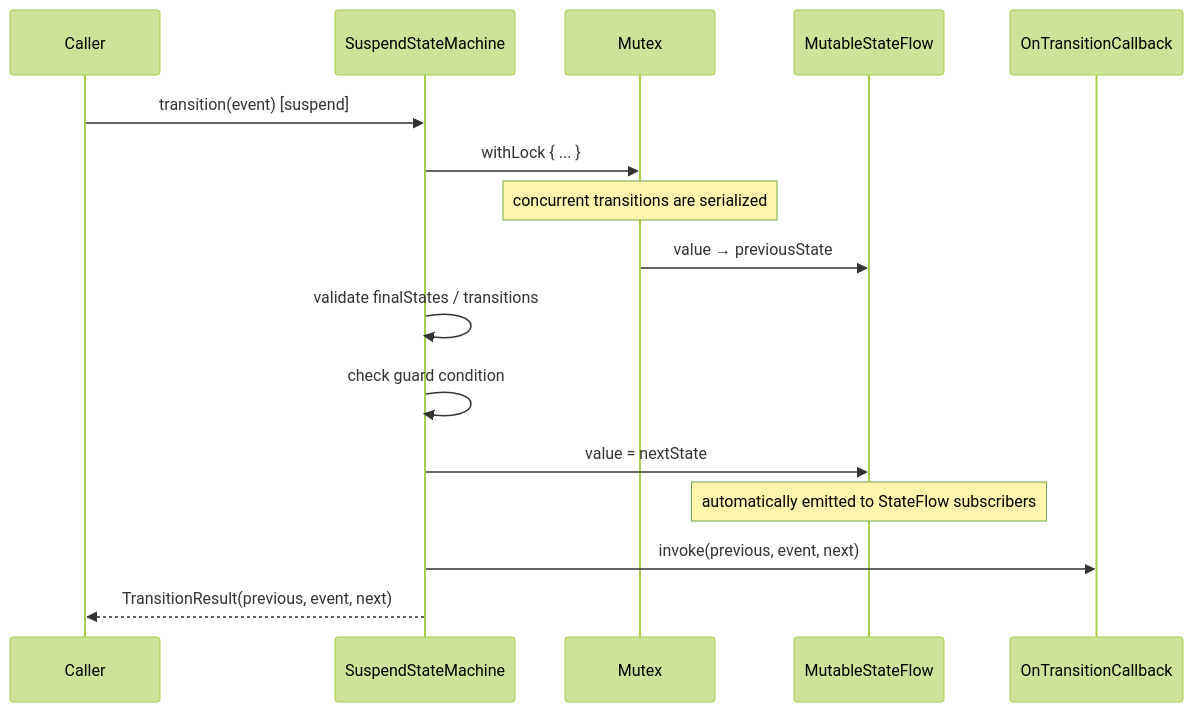
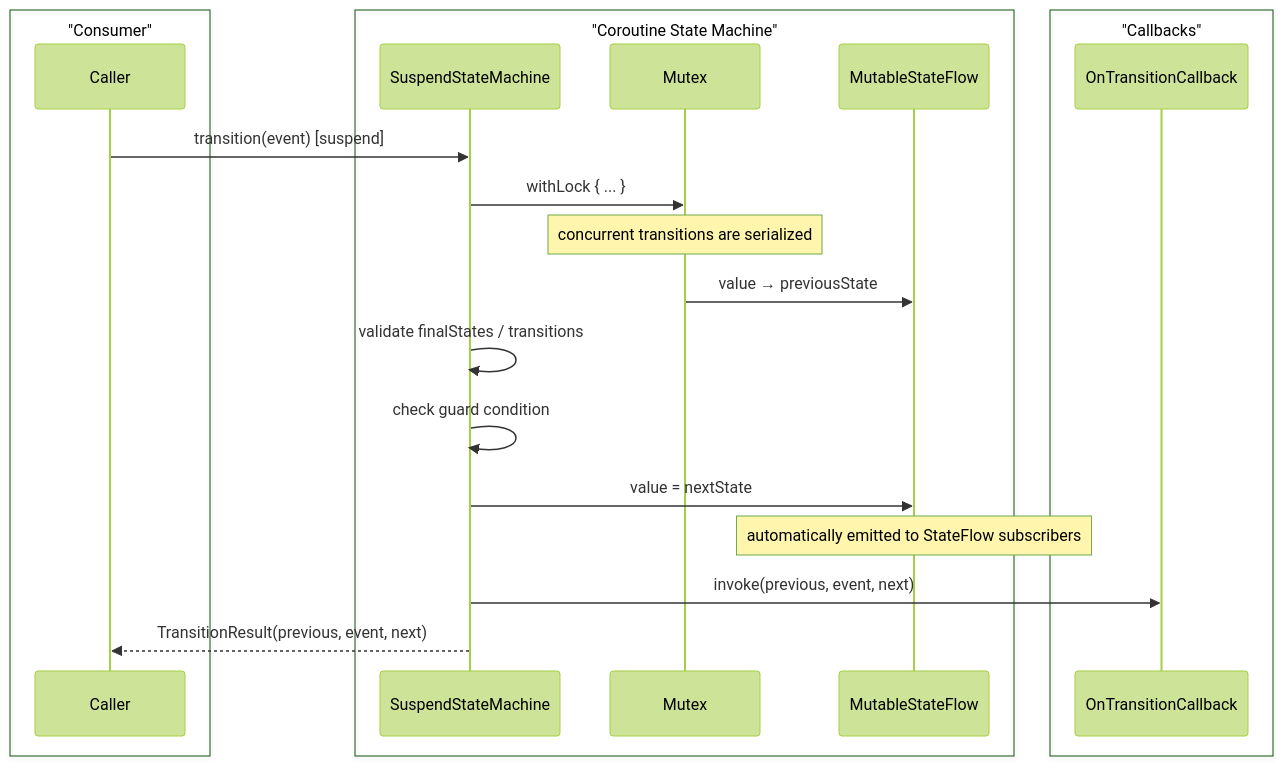
Before and after one commit to bluetape4k/bluetape4k-projects: the eighth of 8 diagrams in utils/states/README.md, drawn with Mermaid (forest theme). The commit also changed other lines of this file and 221 other files, not shown here.

First line of the commit message:
docs: 전체 모듈 README UML 다이어그램 보강 및 색상 업그레이드

````diff
--- a/utils/states/README.md
+++ b/utils/states/README.md
@@ -323,20 +358,26 @@
 ```mermaid
 sequenceDiagram
+    box "Consumer" #E8F5E9
     participant Caller
+    end
+    box "Coroutine State Machine" #F3E5F5
     participant SuspendStateMachine
     participant Mutex
     participant MutableStateFlow
+    end
+    box "Callbacks" #FFF3E0
     participant OnTransitionCallback
+    end
 
     Caller->>SuspendStateMachine: transition(event) [suspend]
     SuspendStateMachine->>Mutex: withLock { ... }
     Note over Mutex: concurrent transitions are serialized
 
     Mutex->>MutableStateFlow: value → previousState
     SuspendStateMachine->>SuspendStateMachine: validate finalStates / transitions
     SuspendStateMachine->>SuspendStateMachine: check guard condition
     SuspendStateMachine->>MutableStateFlow: value = nextState
     Note over MutableStateFlow: automatically emitted to StateFlow subscribers
     SuspendStateMachine->>OnTransitionCallback: invoke(previous, event, next)
     SuspendStateMachine-->>Caller: TransitionResult(previous, event, next)
 ```
````
